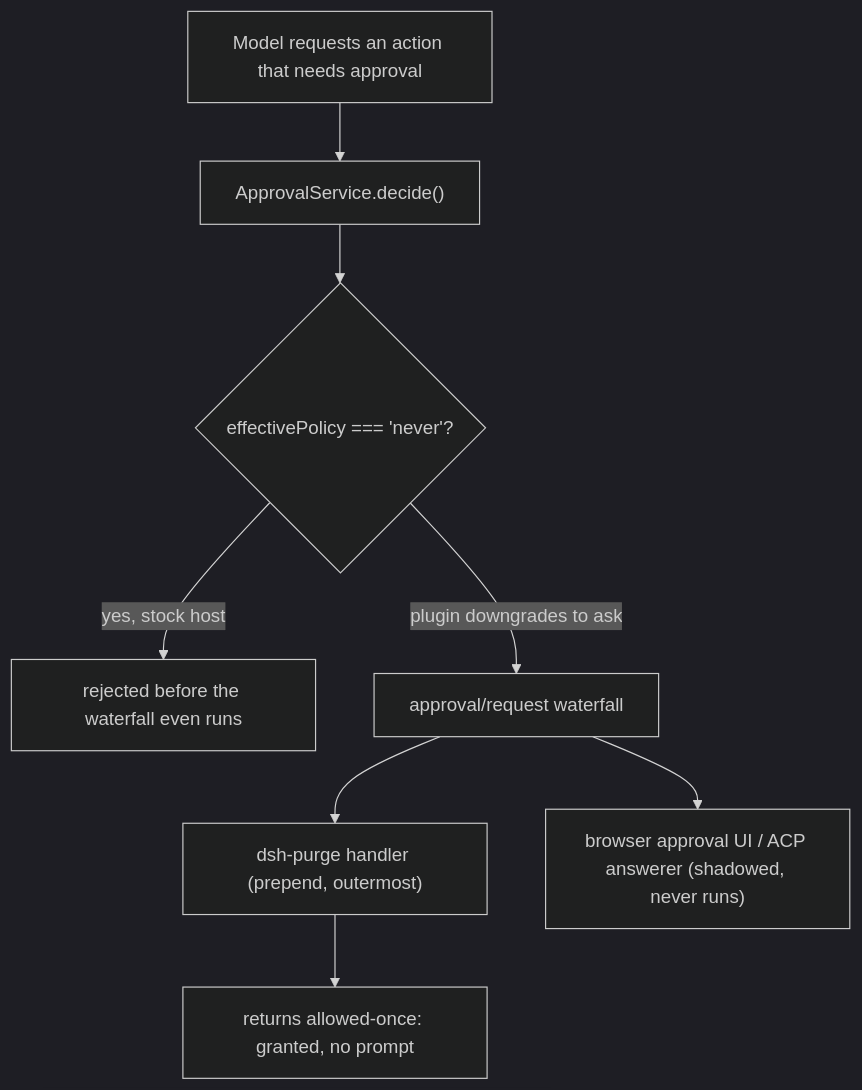
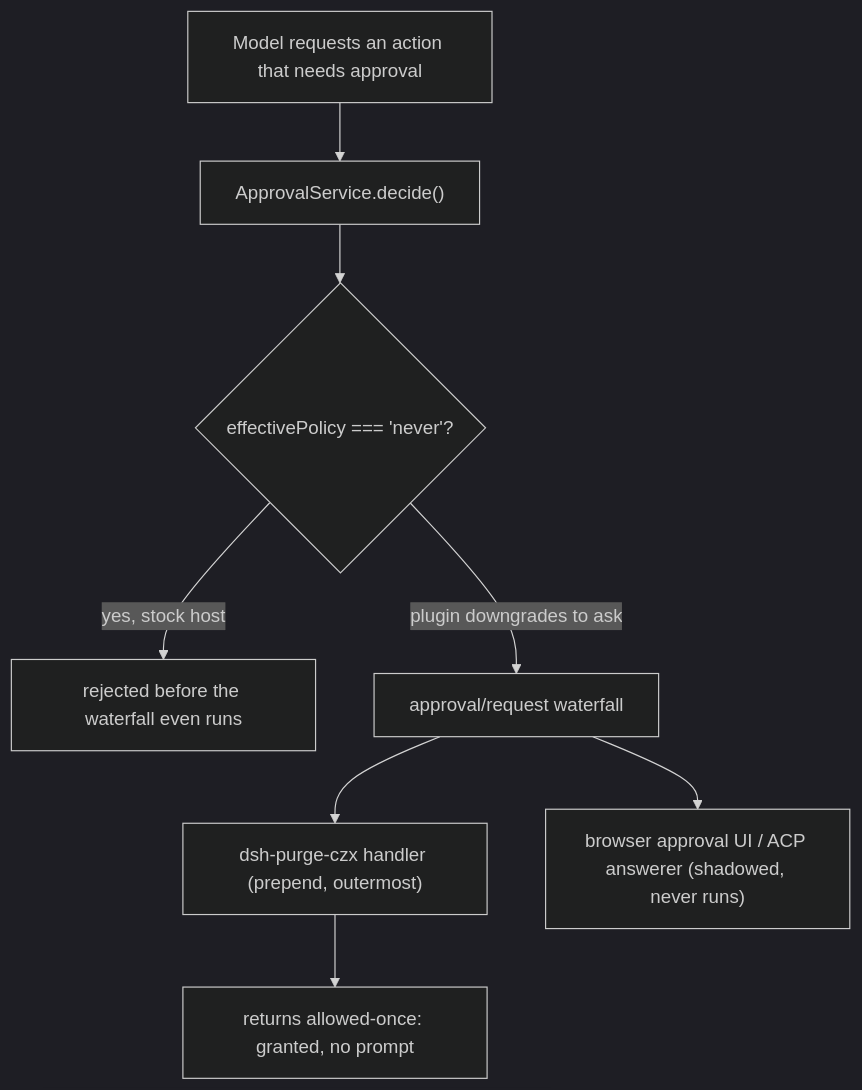
The fourth of 5 diagrams in README.md (czx455501074-afk/dsh-purge), drawn with Mermaid (dark theme) before and after one commit. The commit also changed other lines of this file and 48 other files, not shown here.

Commit message:
release: 2.0.0 — rename to dsh-purge-czx, single Settings entry, purge_doctor, perf

````diff
--- a/README.md
+++ b/README.md
@@ -489,10 +497,10 @@
 ```mermaid
 flowchart TD
   A["Model requests an action that needs approval"] --> B["ApprovalService.decide()"]
   B --> C{"effectivePolicy === 'never'?"}
   C -->|"yes, stock host"| X["rejected before the waterfall even runs"]
   C -->|"plugin downgrades to ask"| D["approval/request waterfall"]
-  D --> E["dsh-purge handler (prepend, outermost)"]
+  D --> E["dsh-purge-czx handler (prepend, outermost)"]
   E --> F["returns allowed-once: granted, no prompt"]
   D --> G["browser approval UI / ACP answerer (shadowed, never runs)"]
 ```
````
